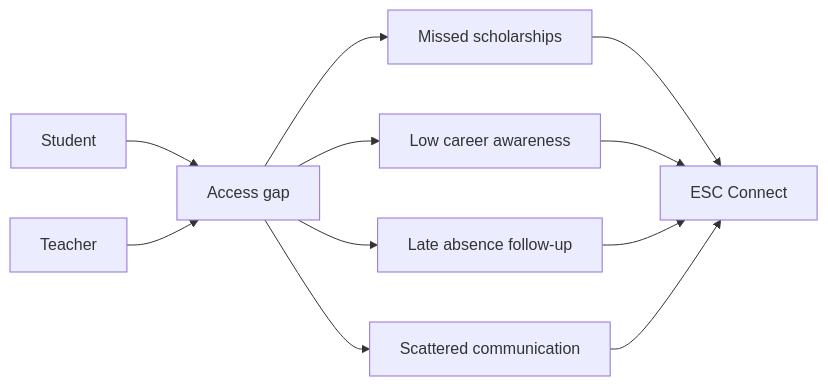
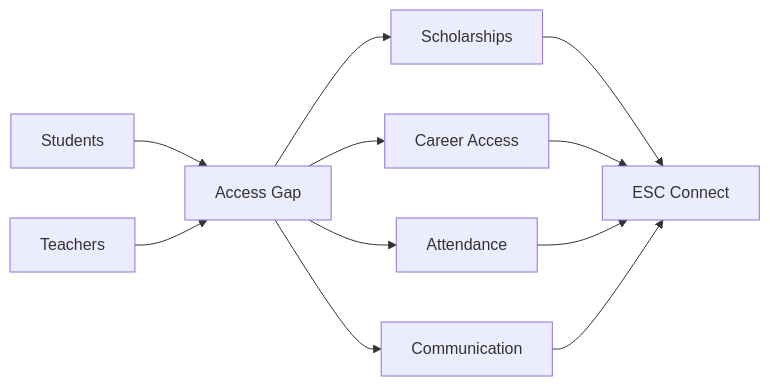
One commit to mahik2007/hackathon changed the first of 12 diagrams in README.md. Above: the diagram before and after it, drawn with Mermaid. The commit also changed other lines of this file, not shown here.

````diff
--- a/README.md
+++ b/README.md
@@ -12,13 +5,13 @@
-``` mermaid
+```mermaid
 flowchart LR
-    S[Student] --> G[Access gap]
-    T[Teacher] --> G
-    G --> SCH[Missed scholarships]
-    G --> CAR[Low career awareness]
-    G --> ATT[Late absence follow-up]
-    G --> COM[Scattered communication]
-    SCH --> E[ESC Connect]
-    CAR --> E
-    ATT --> E
-    COM --> E
+    S[Students] --> G[Access Gap]
+    T[Teachers] --> G
+    G --> A[Scholarships]
+    G --> B[Career Access]
+    G --> C[Attendance]
+    G --> D[Communication]
+    A --> E[ESC Connect]
+    B --> E
+    C --> E
+    D --> E
 ```
````
